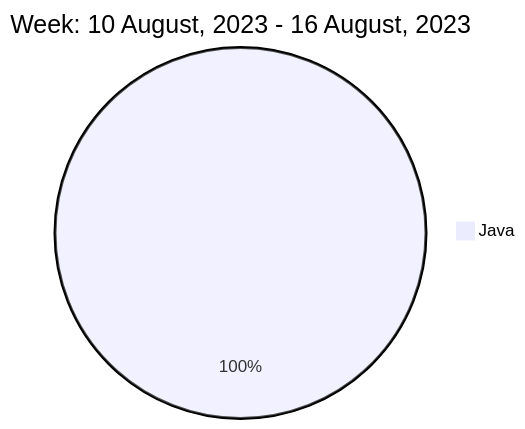
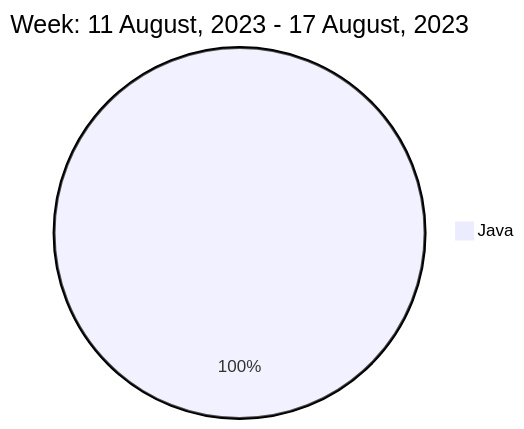
The diagram in README.md (liubin95/liubin95), drawn with Mermaid before and after one commit.

Commit message:
Updated the Graph with new Metrics

````diff
--- a/README.md
+++ b/README.md
@@ -40,5 +40,5 @@
 ```mermaid
  pie
-title Week: 10 August, 2023 - 16 August, 2023
- "Java" : 1.4
+title Week: 11 August, 2023 - 17 August, 2023
+ "Java" : 1.6
 ```
````
